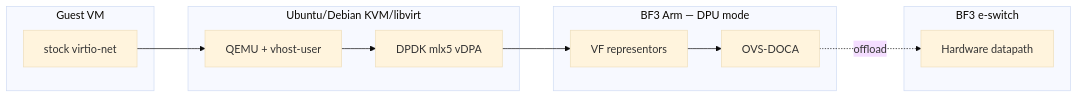
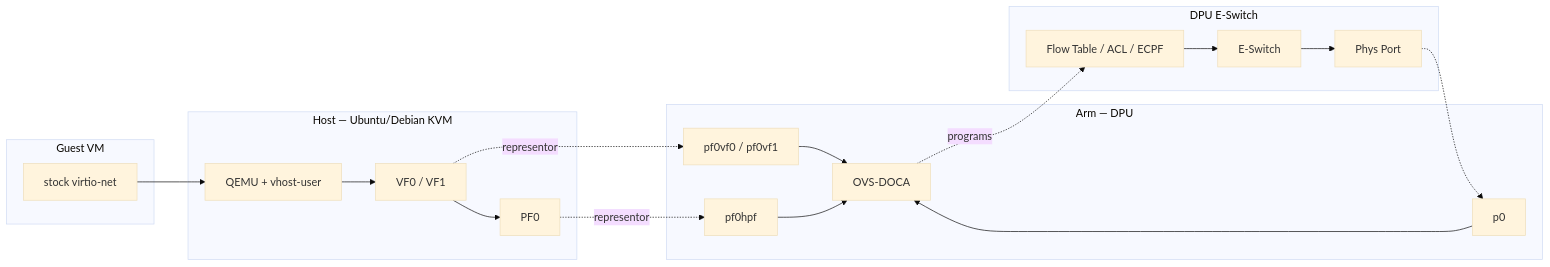
Before and after one commit to opiproject/bp-003-ovs-working: the diagram in docs/architecture/architecture-1a.md, drawn with Mermaid (base theme). The commit also changed other lines of this file and 11 other files, not shown here.

First line of the commit message:
Make ASAP² E-Switch diagram the Blueprint north-star.

````diff
--- a/docs/architecture/architecture-1a.md
+++ b/docs/architecture/architecture-1a.md
@@ -5,19 +11,31 @@
 ```mermaid
 flowchart LR
   subgraph Guest["Guest VM"]
     VN[stock virtio-net]
   end
-  subgraph Host["Ubuntu/Debian KVM/libvirt"]
+  subgraph Host["Host — Ubuntu/Debian KVM"]
     QEMU[QEMU + vhost-user]
-    VDPA[DPDK mlx5 vDPA]
+    VF[VF0 / VF1]
+    PF[PF0]
   end
-  subgraph DPU["BF3 Arm — DPU mode"]
+  subgraph Arm["Arm — DPU"]
     OVS[OVS-DOCA]
-    REP[VF representors]
+    REPVF[pf0vf0 / pf0vf1]
+    REPPF[pf0hpf]
+    REPP[p0]
   end
-  subgraph HW["BF3 e-switch"]
-    ES[Hardware datapath]
+  subgraph HW["DPU E-Switch"]
+    FT[Flow Table / ACL / ECPF]
+    ES[E-Switch]
+    PHYS[Phys Port]
   end
-  VN --> QEMU --> VDPA --> REP --> OVS
-  OVS -.->|offload| ES
+  VN --> QEMU --> VF --> PF
+  VF -.->|representor| REPVF
+  PF -.->|representor| REPPF
+  PHYS -.-> REPP
+  REPVF --> OVS
+  REPPF --> OVS
+  REPP --> OVS
+  OVS -.->|programs| FT
+  FT --> ES --> PHYS
 ```
````
